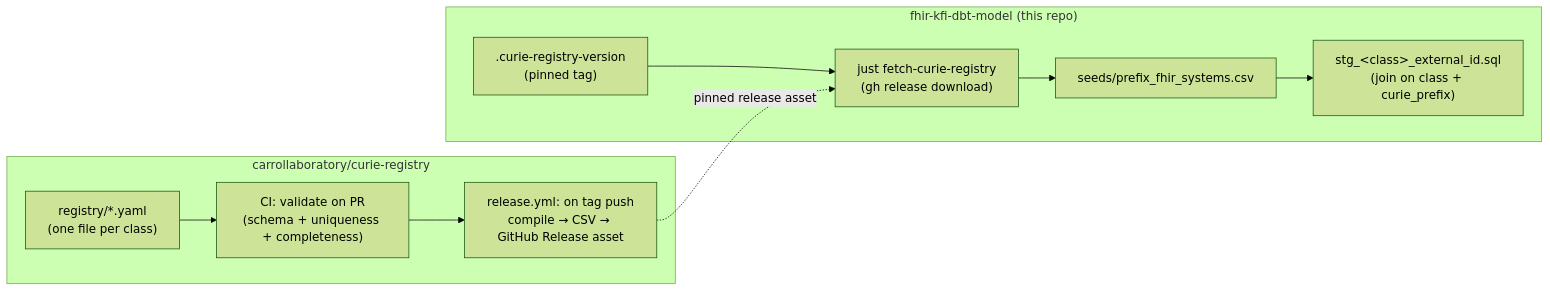
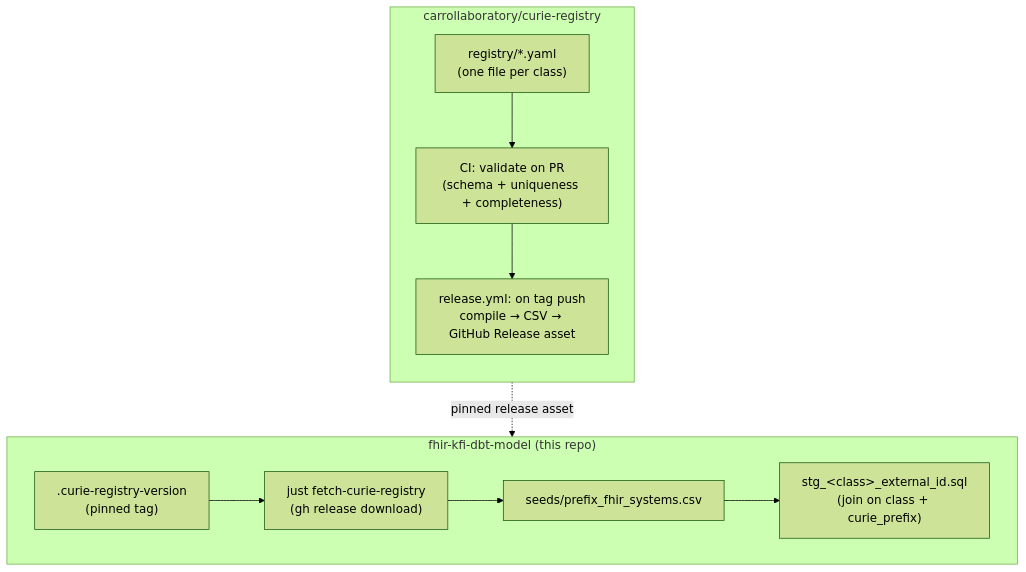
Before and after one commit to carrollaboratory/fhir-kfi-dbt-model: the diagram in docs/design/curie-registry.md, drawn with Mermaid (forest theme). The commit also changed 4 other files, not shown here.

````diff
--- a/docs/design/curie-registry.md
+++ b/docs/design/curie-registry.md
@@ -40,19 +40,21 @@
 ```mermaid
-flowchart LR
+flowchart TB
     subgraph registry["carrollaboratory/curie-registry"]
+        direction TB
         yaml["registry/*.yaml\n(one file per class)"]
         ci["CI: validate on PR\n(schema + uniqueness + completeness)"]
         rel["release.yml: on tag push\ncompile → CSV → GitHub Release asset"]
         yaml --> ci --> rel
     end
 
     subgraph dbtrepo["fhir-kfi-dbt-model (this repo)"]
+        direction LR
         pin[".curie-registry-version\n(pinned tag)"]
         fetch["just fetch-curie-registry\n(gh release download)"]
         seed["seeds/prefix_fhir_systems.csv"]
         stg["stg_&lt;class&gt;_external_id.sql\n(join on class + curie_prefix)"]
         pin --> fetch --> seed --> stg
     end
 
-    rel -. "pinned release asset" .-> fetch
+    registry -. "pinned release asset" .-> dbtrepo
 ```
````
